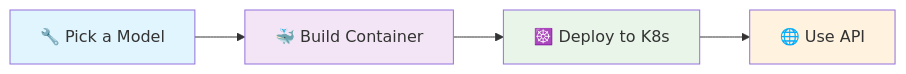
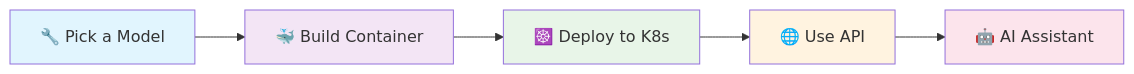
The diagram in README.md (kush-gupt/ramalama-k8s), drawn with Mermaid before and after one commit. The commit also changed other lines of this file and 30 other files, not shown here.

````diff
--- a/README.md
+++ b/README.md
@@ -29,11 +31,13 @@
 ```mermaid
 graph LR
     A[🔧 Pick a Model] --> B[🐳 Build Container]
     B --> C[☸️ Deploy to K8s]
     C --> D[🌐 Use API]
+    D --> E[🤖 AI Assistant]
     
     style A fill:#e1f5fe
     style B fill:#f3e5f5
     style C fill:#e8f5e8
     style D fill:#fff3e0
+    style E fill:#fce4ec
 ```
````
